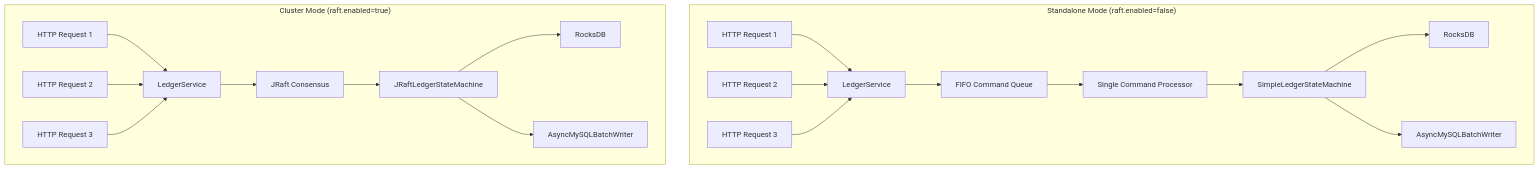
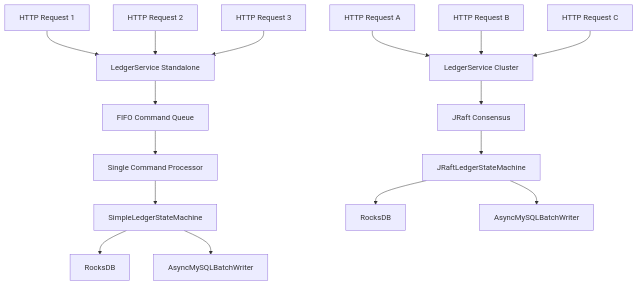
The sixth of 7 diagrams in LOGIC_FLOW.md (hungchai/jraft_ledger), drawn with Mermaid before and after one commit. The commit also changed other lines of this file and 1 other file, not shown here.

````diff
--- a/LOGIC_FLOW.md
+++ b/LOGIC_FLOW.md
@@ -264,23 +209,19 @@
 ```mermaid
 graph TD
-    subgraph "Standalone Mode (raft.enabled=false)"
-        HTTP1[HTTP Request 1] --> SVC1[LedgerService]
-        HTTP2[HTTP Request 2] --> SVC1
-        HTTP3[HTTP Request 3] --> SVC1
-        SVC1 --> FIFO[FIFO Command Queue]
-        FIFO --> PROC[Single Command Processor]
-        PROC --> SM1[SimpleLedgerStateMachine]
-        SM1 --> RDB1[RocksDB]
-        SM1 --> BMW1[AsyncMySQLBatchWriter]
-    end
+    HTTP1[HTTP Request 1] --> SVC1[LedgerService Standalone]
+    HTTP2[HTTP Request 2] --> SVC1
+    HTTP3[HTTP Request 3] --> SVC1
+    SVC1 --> FIFO[FIFO Command Queue]
+    FIFO --> PROC[Single Command Processor]
+    PROC --> SM1[SimpleLedgerStateMachine]
+    SM1 --> RDB1[RocksDB]
+    SM1 --> BMW1[AsyncMySQLBatchWriter]
     
-    subgraph "Cluster Mode (raft.enabled=true)"
-        HTTP4[HTTP Request 1] --> SVC2[LedgerService]
-        HTTP5[HTTP Request 2] --> SVC2
-        HTTP6[HTTP Request 3] --> SVC2
-        SVC2 --> RAFT[JRaft Consensus]
-        RAFT --> SM2[JRaftLedgerStateMachine]
-        SM2 --> RDB2[RocksDB]
-        SM2 --> BMW2[AsyncMySQLBatchWriter]
-    end
+    HTTP4[HTTP Request A] --> SVC2[LedgerService Cluster]
+    HTTP5[HTTP Request B] --> SVC2
+    HTTP6[HTTP Request C] --> SVC2
+    SVC2 --> RAFT[JRaft Consensus]
+    RAFT --> SM2[JRaftLedgerStateMachine]
+    SM2 --> RDB2[RocksDB]
+    SM2 --> BMW2[AsyncMySQLBatchWriter]
 ```
````
